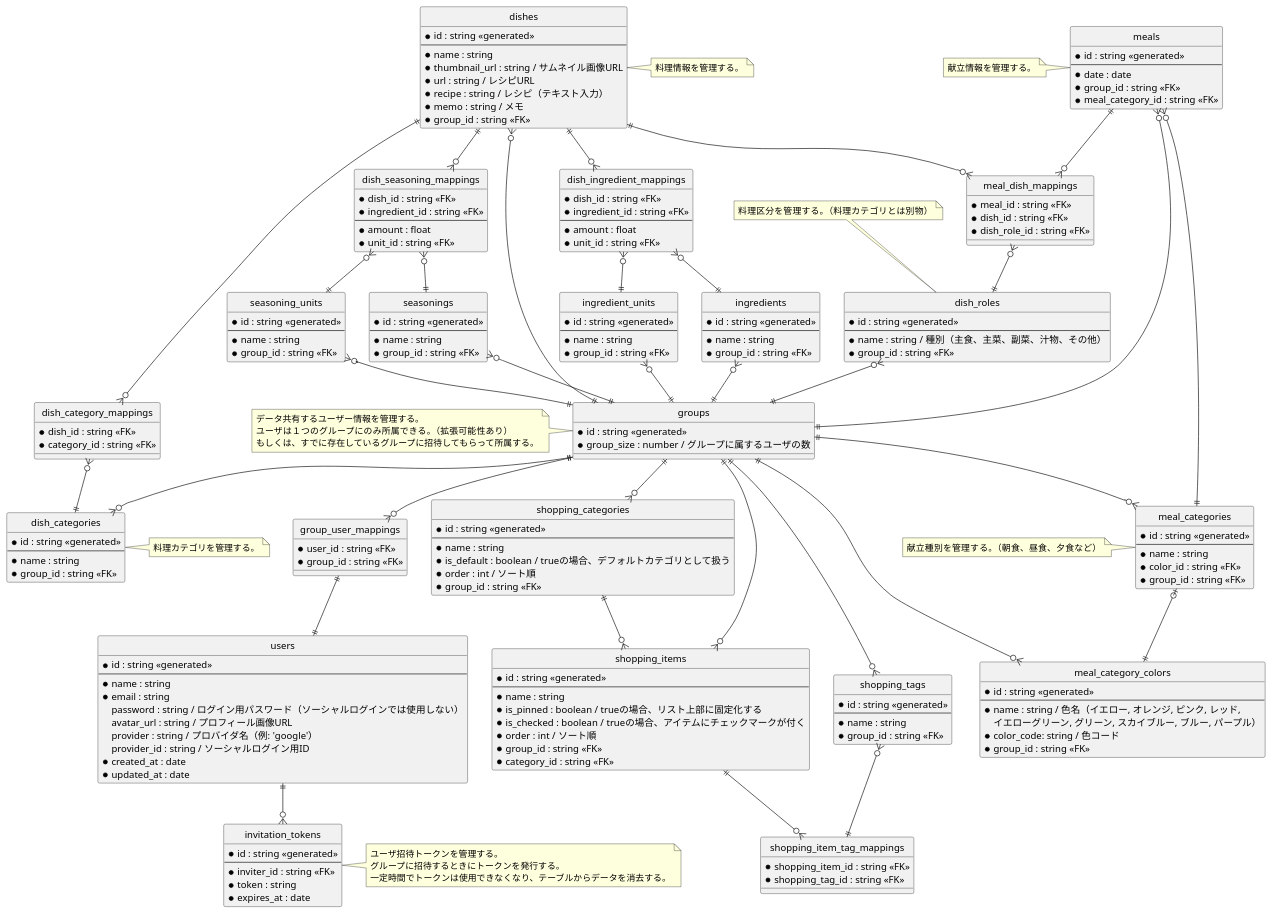
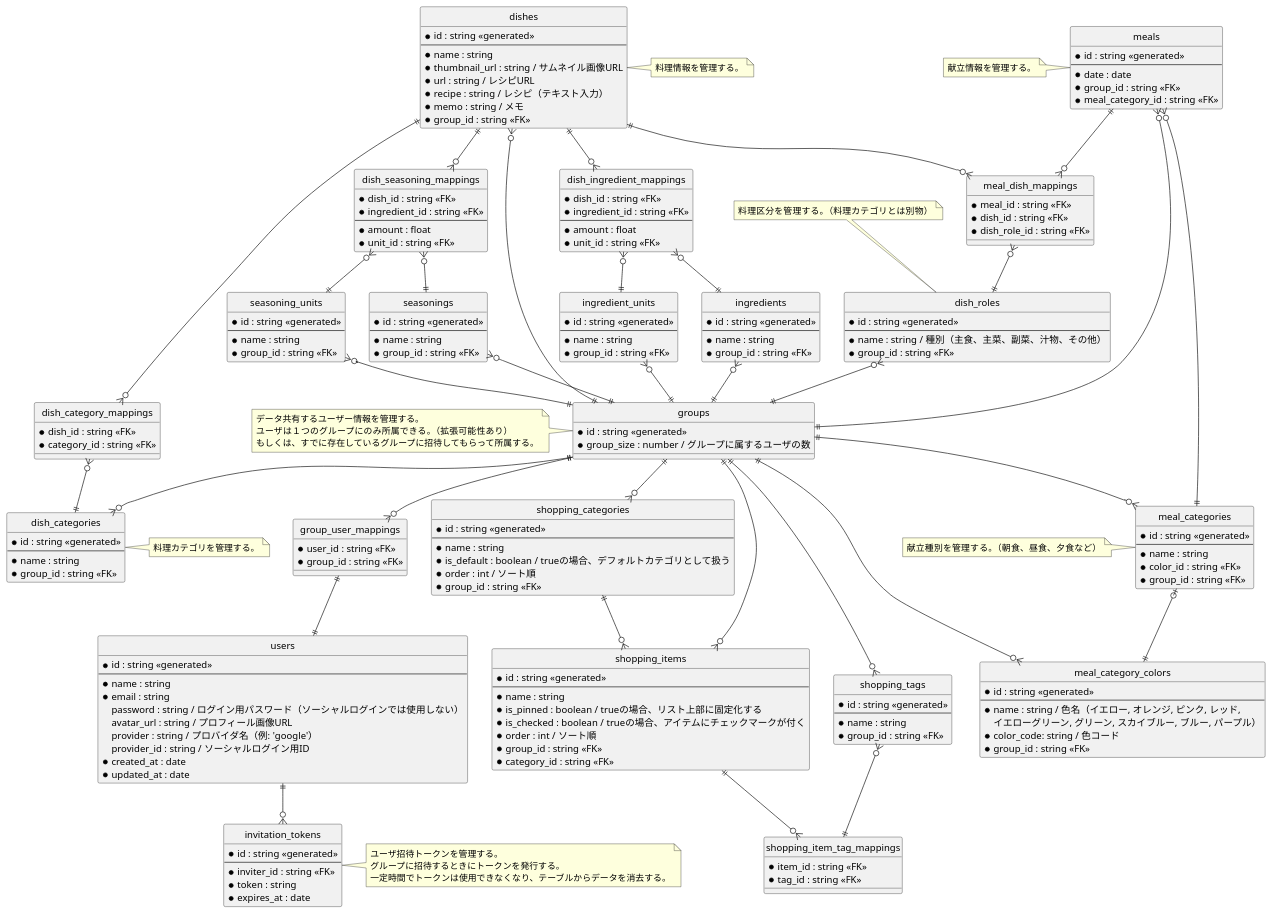
The diagram in server/docs/er.puml (nanoha94/meap), drawn with PlantUML before and after one commit. The commit also changed 9 other files, not shown here.

```diff
--- a/server/docs/er.puml
+++ b/server/docs/er.puml
@@ -140,8 +140,8 @@
 }
 
 entity shopping_item_tag_mappings {
-    * shopping_item_id : string <<FK>>
-    * shopping_tag_id : string <<FK>>
+    * item_id : string <<FK>>
+    * tag_id : string <<FK>>
 }
 
 entity group_user_mappings {
```
